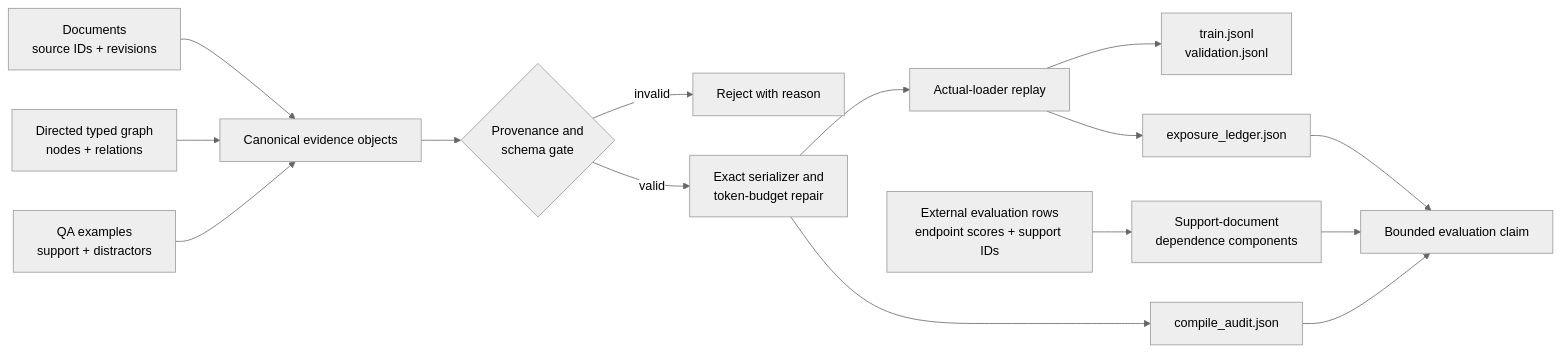
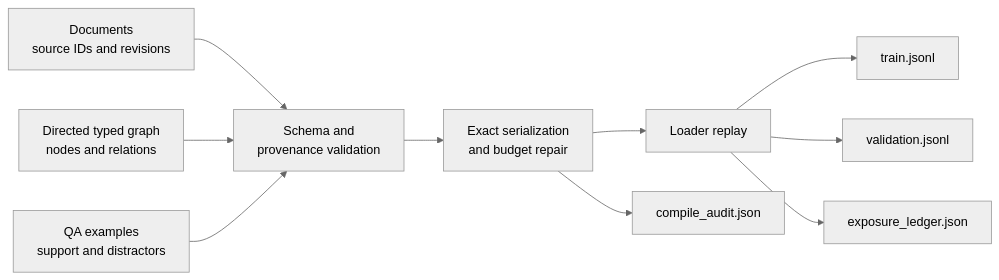
One commit to BogdanRoshchupkin/contract-audit-artifact changed the diagram in README.md. Above: the diagram before and after it, drawn with Mermaid (neutral theme). The commit also changed other lines of this file and 2 other files, not shown here.

````diff
--- a/README.md
+++ b/README.md
@@ -39,18 +55,12 @@
 ```mermaid
 flowchart LR
-    D["Documents<br/>source IDs + revisions"] --> C["Canonical evidence objects"]
-    G["Directed typed graph<br/>nodes + relations"] --> C
-    Q["QA examples<br/>support + distractors"] --> C
-
-    C --> P{"Provenance and<br/>schema gate"}
-    P -- "invalid" --> X["Reject with reason"]
-    P -- "valid" --> B["Exact serializer and<br/>token-budget repair"]
-    B --> L["Actual-loader replay"]
-    L --> T["train.jsonl<br/>validation.jsonl"]
+    D["Documents<br/>source IDs and revisions"] --> V["Schema and<br/>provenance validation"]
+    G["Directed typed graph<br/>nodes and relations"] --> V
+    Q["QA examples<br/>support and distractors"] --> V
+    V --> B["Exact serialization<br/>and budget repair"]
+    B --> L["Loader replay"]
+    L --> T["train.jsonl"]
+    L --> W["validation.jsonl"]
+    B --> A["compile_audit.json"]
     L --> E["exposure_ledger.json"]
-    B --> A["compile_audit.json"]
-    V["External evaluation rows<br/>endpoint scores + support IDs"] --> K["Support-document<br/>dependence components"]
-    A --> R
-    E --> R
-    K --> R["Bounded evaluation claim"]
 ```
````
